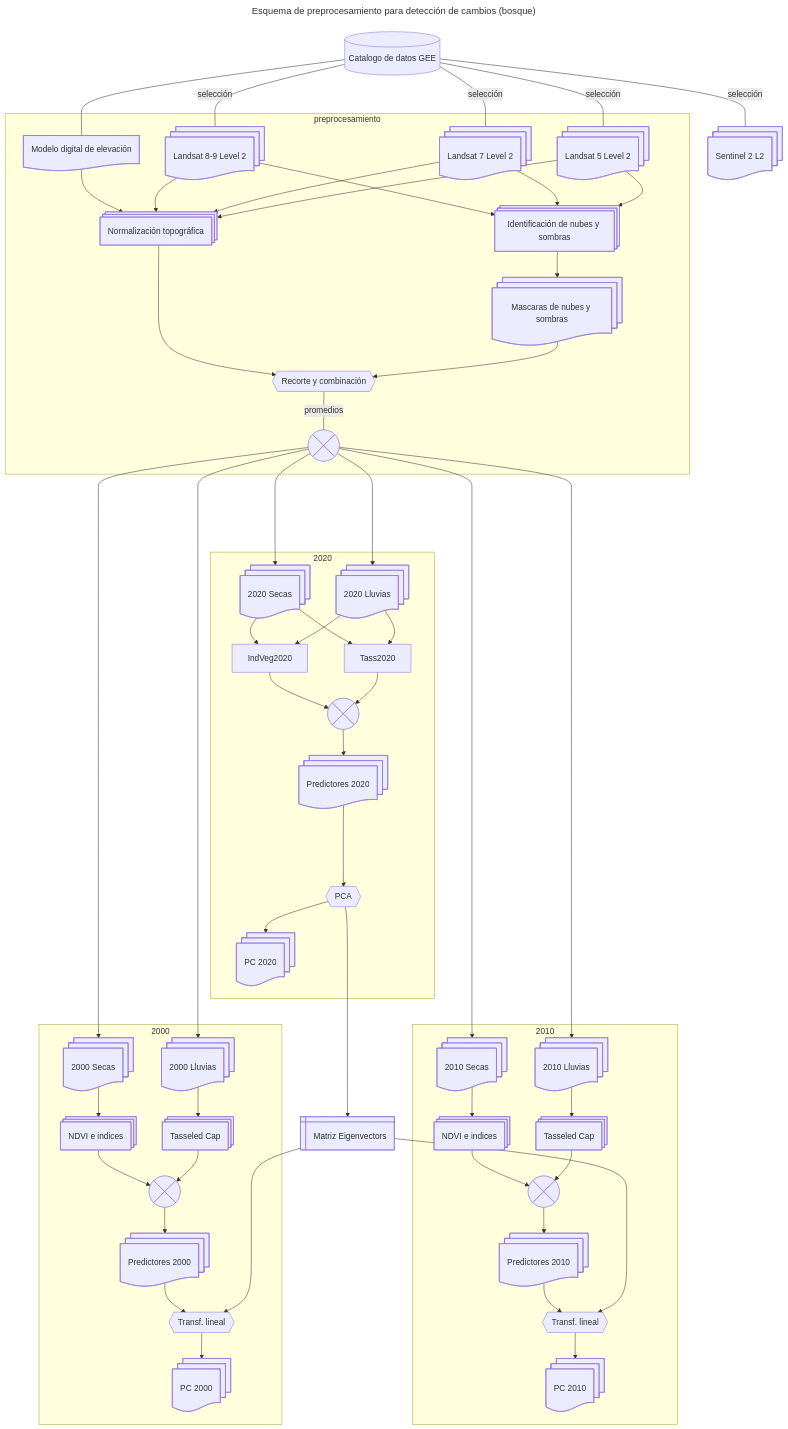
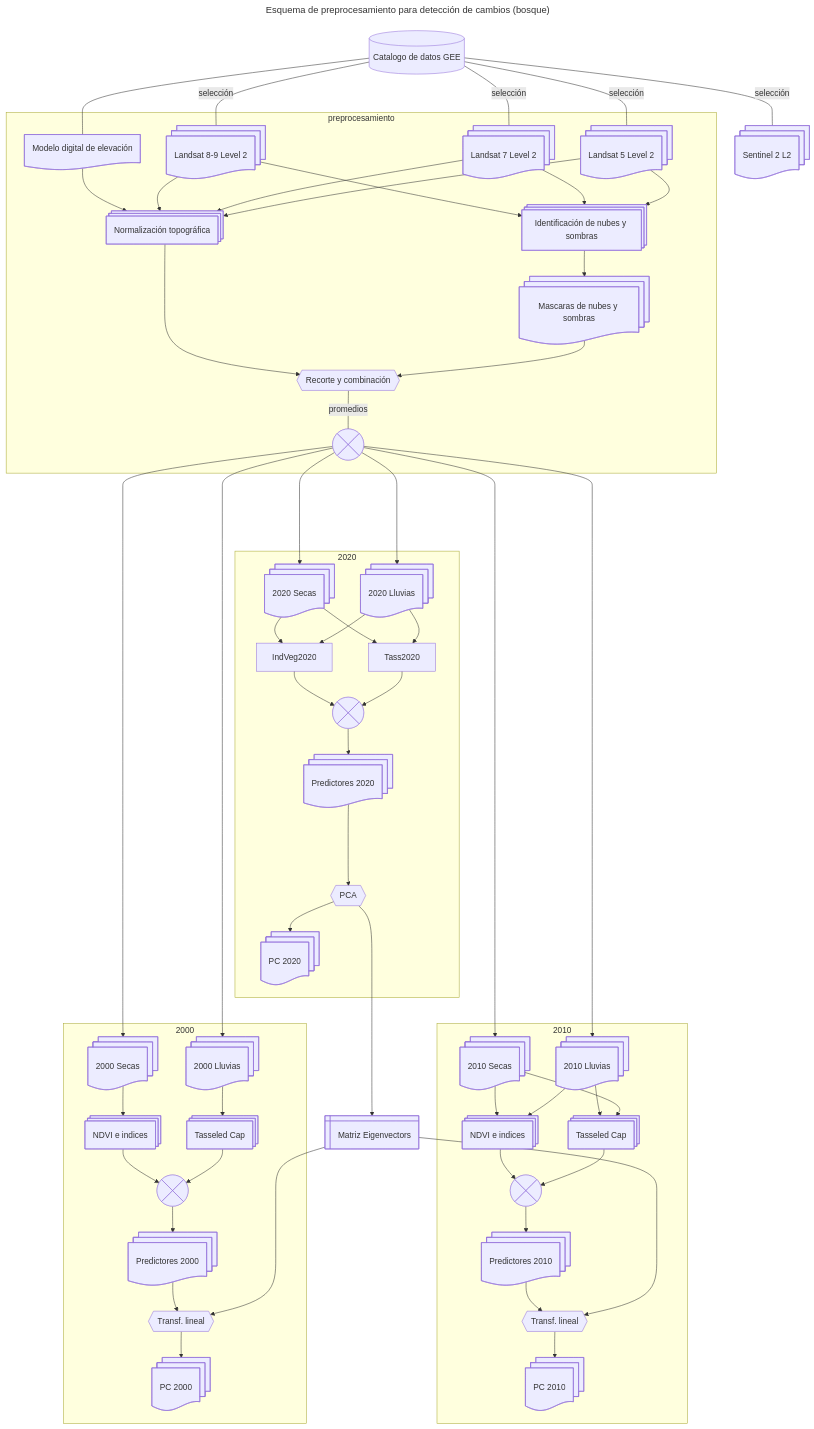
One commit to vshalisko/GEE changed the diagram in ANPs/Esquema_preprocesamiento.mermaid. Above: the diagram before and after it, drawn with Mermaid.

```diff
--- a/ANPs/Esquema_preprocesamiento.mermaid
+++ b/ANPs/Esquema_preprocesamiento.mermaid
@@ -1,114 +1,116 @@
 ---
 title: Esquema de preprocesamiento para detección de cambios (bosque)
 ---
 flowchart TD
     gee1[(Catalogo de datos GEE)]
     Landsat8@{ shape: docs, label: Landsat 8-9 Level 2}
     Landsat7@{ shape: docs, label: Landsat 7 Level 2}
     Landsat5@{ shape: docs, label: Landsat 5 Level 2}
     Sentinel2@{ shape: docs, label: Sentinel 2 L2}
     MDE@{ shape: doc, label: Modelo digital de elevación}
     
     INS@{ shape: procs, label: "Identificación de nubes y sombras"}
     MNS@{ shape: docs, label: "Mascaras de nubes y sombras"}
     NT@{ shape: procs, label: "Normalización topográfica"}
     Combinacion1@{ shape: hex, label: "Recorte y combinación" }
     Combinacion2@{ shape: cross-circ, label: "Promedios de bandas" }
 
     BSecas2000@{ shape: docs, label: 2000 Secas}
     BLluvias2000@{ shape: docs, label: 2000 Lluvias}
     BSecas2010@{ shape: docs, label: 2010 Secas}
     BLluvias2010@{ shape: docs, label: 2010 Lluvias}
     BSecas2020@{ shape: docs, label: 2020 Secas}
     BLluvias2020@{ shape: docs, label: 2020 Lluvias}
 
     IndVeg2000@{ shape: procs, label: "NDVI e indices"}
     IndVeg2010@{ shape: procs, label: "NDVI e indices"}
     IndVeg2010@{ shape: procs, label: "NDVI e indices"}
     Tass2000@{ shape: procs, label: "Tasseled Cap"}
     Tass2010@{ shape: procs, label: "Tasseled Cap"}
     Tass2010@{ shape: procs, label: "Tasseled Cap"}
 
     Comb2000@{ shape: cross-circ, label: "Combinación" }
     Comb2010@{ shape: cross-circ, label: "Combinación" }
     Comb2020@{ shape: cross-circ, label: "Combinación" }
 
     Capas2000@{ shape: docs, label: Predictores 2000}
     Capas2010@{ shape: docs, label: Predictores 2010}
     Capas2020@{ shape: docs, label: Predictores 2020}
 
     PCA2020@{ shape: hex, label: "PCA"}
     TL2000@{ shape: hex, label: "Transf. lineal"}
     TL2010@{ shape: hex, label: "Transf. lineal"}
 
     CapasPCA2000@{ shape: docs, label: PC 2000}
     CapasPCA2010@{ shape: docs, label: PC 2010}
     CapasPCA2020@{ shape: docs, label: PC 2020}
 
     Eigenvectors@{ shape: win-pane, label: "Matriz Eigenvectors" }
 
     gee1---|selección|Landsat8
     gee1---|selección|Landsat7
     gee1---|selección|Landsat5
     gee1---|selección|Sentinel2
     gee1---MDE
 
     subgraph preprocesamiento
         Landsat8-->INS
         Landsat7-->INS
         Landsat5-->INS
 
         MDE-->NT
         Landsat8-->NT
         Landsat7-->NT
         Landsat5-->NT
 
         INS-->MNS
         NT-->Combinacion1
         MNS-->Combinacion1
         Combinacion1---|promedios|Combinacion2
         
     end
 
     Combinacion2---->BSecas2000
     Combinacion2---->BLluvias2000
     Combinacion2---->BSecas2010
     Combinacion2---->BLluvias2010
     Combinacion2---->BSecas2020
     Combinacion2---->BLluvias2020
 
     subgraph 2000
         BSecas2000-->IndVeg2000
         BLluvias2000-->Tass2000
         IndVeg2000-->Comb2000
         Tass2000-->Comb2000
         Comb2000-->Capas2000
         Capas2000-->TL2000
         TL2000-->CapasPCA2000
     end
 
     subgraph 2010
         BSecas2010-->IndVeg2010
         BLluvias2010-->Tass2010
+        BLluvias2010-->IndVeg2010
+        BSecas2010-->Tass2010
         IndVeg2010-->Comb2010
         Tass2010-->Comb2010
         Comb2010-->Capas2010
         Capas2010-->TL2010
         TL2010-->CapasPCA2010
     end
 
     subgraph 2020
         BSecas2020-->IndVeg2020
         BSecas2020-->Tass2020
         BLluvias2020-->IndVeg2020
         BLluvias2020-->Tass2020
         IndVeg2020-->Comb2020
         Tass2020-->Comb2020
         Comb2020-->Capas2020
         Capas2020---->PCA2020
         PCA2020-->CapasPCA2020
     end
 
     PCA2020---->Eigenvectors
     Eigenvectors---->TL2000
     Eigenvectors---->TL2010
```
